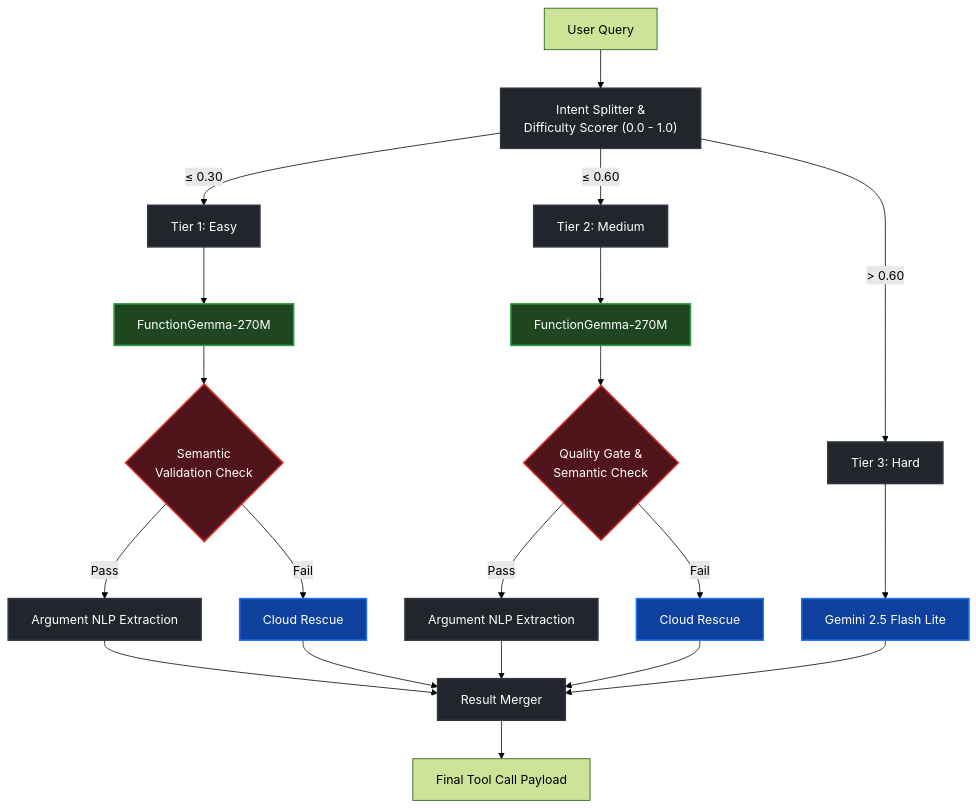
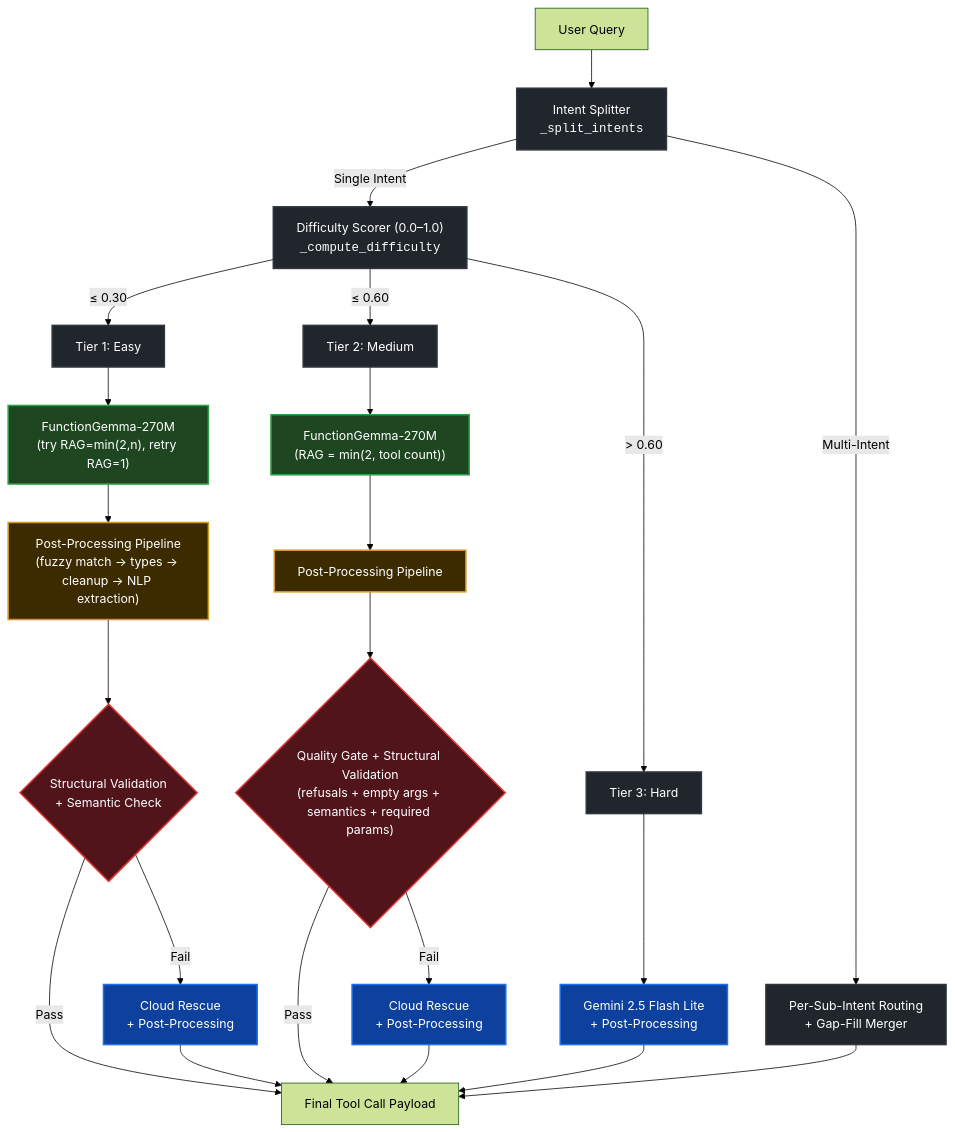
Before and after one commit to Rayhanpatel/functiongemma-hackathon: the diagram in README.md, drawn with Mermaid (forest theme). The commit also changed other lines of this file, not shown here.

````diff
--- a/README.md
+++ b/README.md
@@ -15,34 +21,36 @@
 ```mermaid
 graph TD
     classDef device fill:#1e4620,stroke:#2ea043,stroke-width:2px,color:#fff
     classDef cloud fill:#0d419d,stroke:#1f6feb,stroke-width:2px,color:#fff
     classDef logic fill:#21262d,stroke:#30363d,stroke-width:2px,color:#fff
     classDef gate fill:#50141a,stroke:#da3633,stroke-width:2px,color:#fff
-    
-    Q["User Query"] --> S["Intent Splitter & <br> Difficulty Scorer (0.0 - 1.0)"]:::logic
-    
-    S --> |"≤ 0.30"| T1["Tier 1: Easy"]:::logic
-    S --> |"≤ 0.60"| T2["Tier 2: Medium"]:::logic
-    S --> |"> 0.60"| T3["Tier 3: Hard"]:::logic
-    
-    T1 --> O1["FunctionGemma-270M"]:::device
-    T2 --> O2["FunctionGemma-270M"]:::device
-    T3 --> C3["Gemini 2.5 Flash Lite"]:::cloud
-    
-    O1 --> V1{"Semantic <br>Validation Check"}:::gate
-    O2 --> QG{"Quality Gate & <br>Semantic Check"}:::gate
-    
-    V1 --> |Pass| E1["Argument NLP Extraction"]:::logic
-    V1 --> |Fail| C1["Cloud Rescue"]:::cloud
-    
-    QG --> |Pass| E2["Argument NLP Extraction"]:::logic
-    QG --> |Fail| C2["Cloud Rescue"]:::cloud
-    
-    C1 --> Merg["Result Merger"]:::logic
-    C2 --> Merg
-    C3 --> Merg
-    E1 --> Merg
-    E2 --> Merg
-    
-    Merg --> R["Final Tool Call Payload"]
+    classDef pp fill:#3d2b00,stroke:#d29922,stroke-width:2px,color:#fff
+
+    Q["User Query"] --> SP["Intent Splitter<br><code>_split_intents</code>"]:::logic
+    SP --> |"Single Intent"| SC["Difficulty Scorer (0.0–1.0)<br><code>_compute_difficulty</code>"]:::logic
+    SP --> |"Multi-Intent"| MI["Per-Sub-Intent Routing<br>+ Gap-Fill Merger"]:::logic
+
+    SC --> |"≤ 0.30"| T1["Tier 1: Easy"]:::logic
+    SC --> |"≤ 0.60"| T2["Tier 2: Medium"]:::logic
+    SC --> |"> 0.60"| T3["Tier 3: Hard"]:::logic
+
+    T1 --> D1["FunctionGemma-270M<br>(try RAG=min(2,n), retry RAG=1)"]:::device
+    T2 --> D2["FunctionGemma-270M<br>(RAG = min(2, tool count))"]:::device
+    T3 --> C3["Gemini 2.5 Flash Lite<br>+ Post-Processing"]:::cloud
+
+    D1 --> PP1["Post-Processing Pipeline<br>(fuzzy match → types → cleanup → NLP extraction)"]:::pp
+    D2 --> PP2["Post-Processing Pipeline"]:::pp
+
+    PP1 --> V1{"Structural Validation<br>+ Semantic Check"}:::gate
+    PP2 --> QG{"Quality Gate + Structural Validation<br>(refusals + empty args + semantics + required params)"}:::gate
+
+    V1 --> |"Pass"| R["Final Tool Call Payload"]
+    V1 --> |"Fail"| CR1["Cloud Rescue<br>+ Post-Processing"]:::cloud
+    QG --> |"Pass"| R
+    QG --> |"Fail"| CR2["Cloud Rescue<br>+ Post-Processing"]:::cloud
+
+    CR1 --> R
+    CR2 --> R
+    C3 --> R
+    MI --> R
 ```
````
